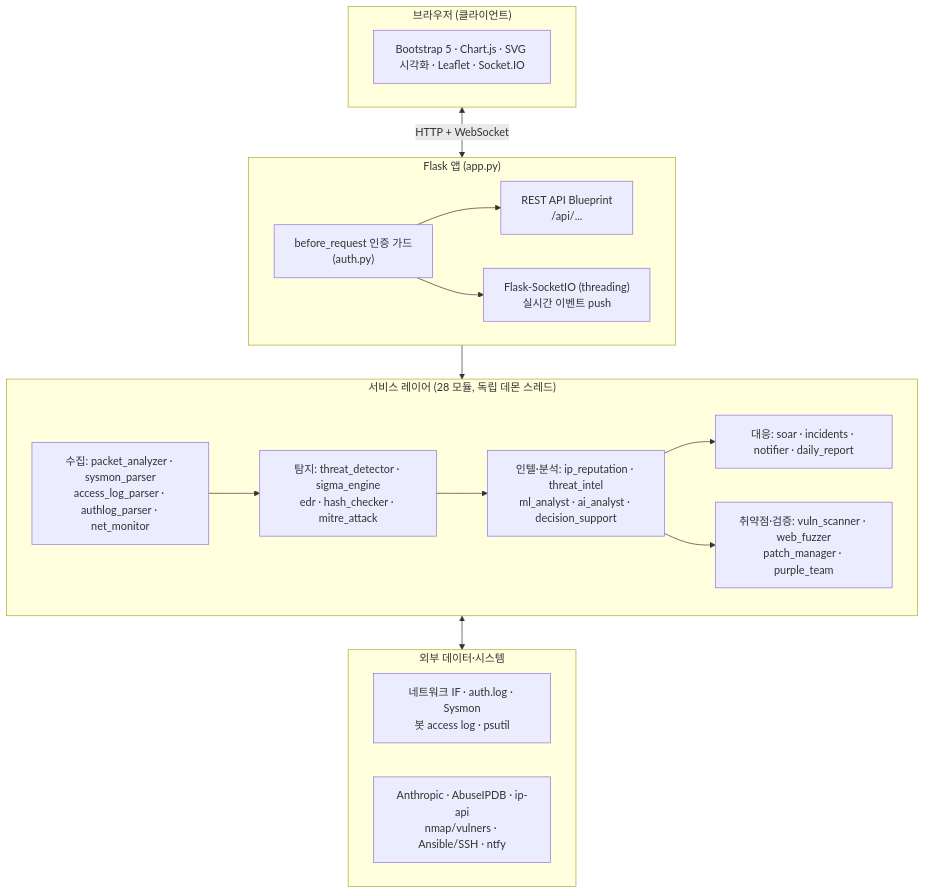
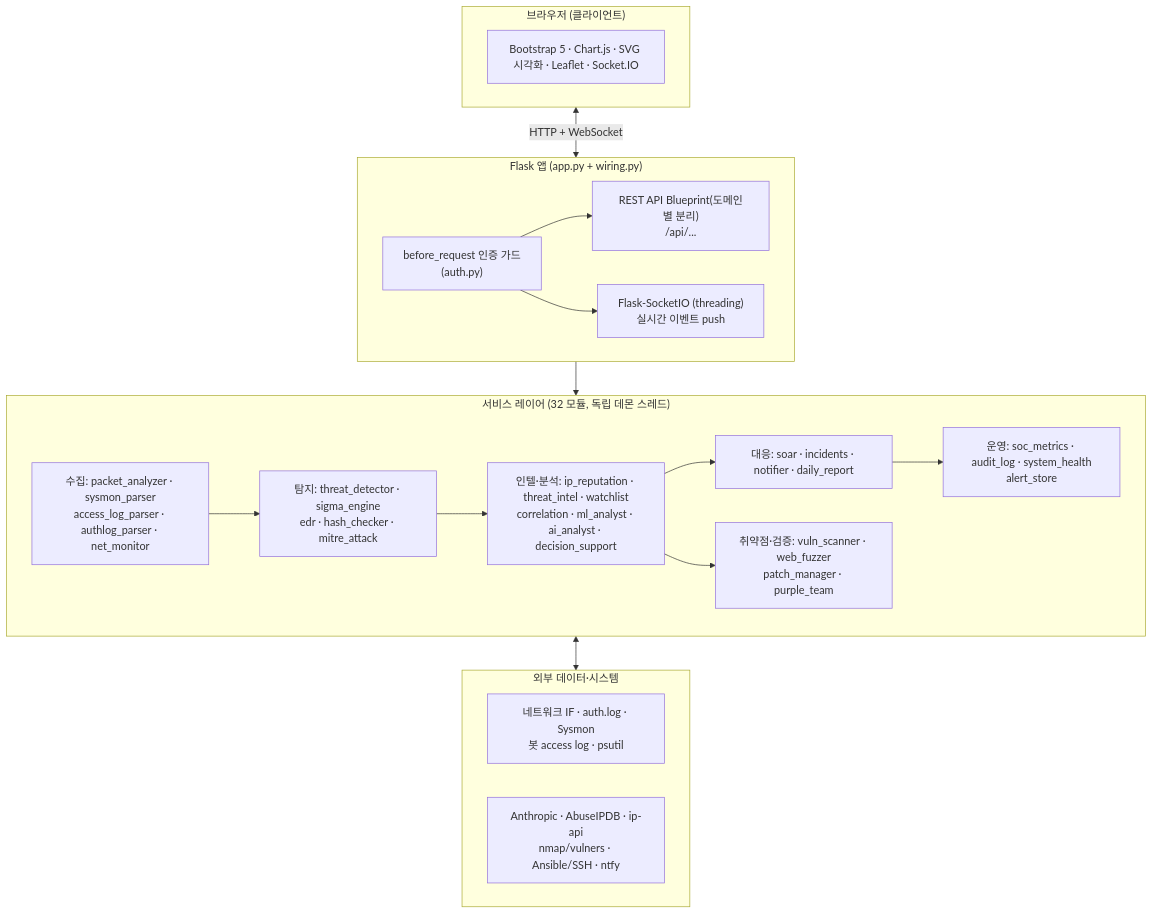
One commit to MintKangaroo/AI-SOC-DaschBoard changed the first of 2 diagrams in docs/architecture.md. Above: the diagram before and after it, drawn with Mermaid. The commit also changed other lines of this file and 2 other files, not shown here.

First line of the commit message:
docs: 포트폴리오 문서에 SOC 기능 5종 반영

````diff
--- a/docs/architecture.md
+++ b/docs/architecture.md
@@ -5,28 +5,30 @@
 ```mermaid
 flowchart TB
   subgraph Client["브라우저 (클라이언트)"]
     UI["Bootstrap 5 · Chart.js · SVG 시각화 · Leaflet · Socket.IO"]
   end
-  subgraph Flask["Flask 앱 (app.py)"]
-    API["REST API Blueprint<br/>/api/..."]
+  subgraph Flask["Flask 앱 (app.py + wiring.py)"]
+    API["REST API Blueprint(도메인별 분리)<br/>/api/..."]
     WS["Flask-SocketIO (threading)<br/>실시간 이벤트 push"]
     AUTH["before_request 인증 가드<br/>(auth.py)"]
   end
-  subgraph Services["서비스 레이어 (28 모듈, 독립 데몬 스레드)"]
+  subgraph Services["서비스 레이어 (32 모듈, 독립 데몬 스레드)"]
     COLLECT["수집: packet_analyzer · sysmon_parser<br/>access_log_parser · authlog_parser · net_monitor"]
     DETECT["탐지: threat_detector · sigma_engine<br/>edr · hash_checker · mitre_attack"]
-    INTEL["인텔·분석: ip_reputation · threat_intel<br/>ml_analyst · ai_analyst · decision_support"]
+    INTEL["인텔·분석: ip_reputation · threat_intel · watchlist<br/>correlation · ml_analyst · ai_analyst · decision_support"]
     RESPOND["대응: soar · incidents · notifier · daily_report"]
     VULN["취약점·검증: vuln_scanner · web_fuzzer<br/>patch_manager · purple_team"]
+    OPS["운영: soc_metrics · audit_log · system_health<br/>alert_store"]
   end
   subgraph External["외부 데이터·시스템"]
     SRC["네트워크 IF · auth.log · Sysmon<br/>봇 access log · psutil"]
     APIS["Anthropic · AbuseIPDB · ip-api<br/>nmap/vulners · Ansible/SSH · ntfy"]
   end
   Client <-->|"HTTP + WebSocket"| Flask
   AUTH --> API & WS
   Flask --> Services
   COLLECT --> DETECT --> INTEL --> RESPOND
   INTEL --> VULN
+  RESPOND --> OPS
   Services <--> External
 ```
````
